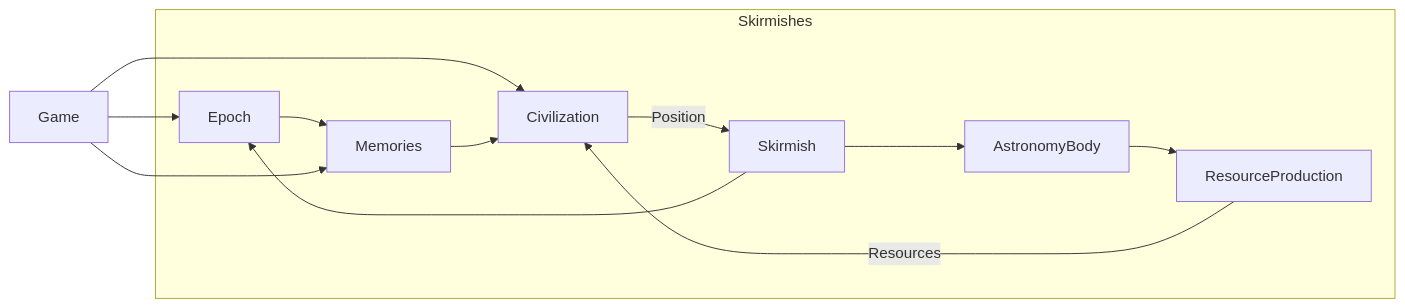
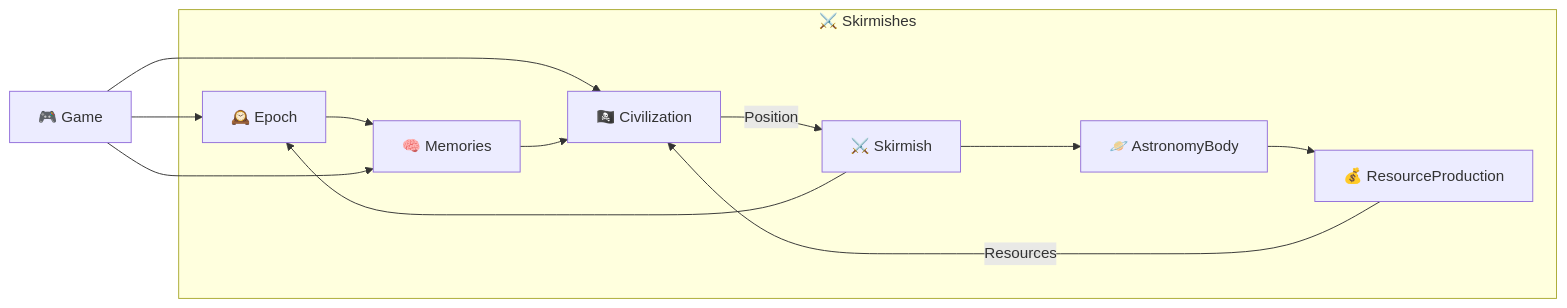
One commit to clujanp/interstellar-war-dilemma changed the first of 5 diagrams in domain_model.md. Above: the diagram before and after it, drawn with Mermaid. The commit also changed other lines of this file, not shown here.

Commit message:
doc: add emojis to diagrams

````diff
--- a/domain_model.md
+++ b/domain_model.md
@@ -191,12 +191,12 @@
-```mermaid 
+```mermaid
 flowchart LR
-    Game --> Epoch
-    Game --> Civilization
-    subgraph SkirmishGroup [Skirmishes]
-        Civilization --Position--> Skirmish --> AstronomyBody
-        Skirmish --> Epoch --> Memories --> Civilization
-        AstronomyBody --> ResourceProduction
-        ResourceProduction --Resources--> Civilization
-    end
-    Game --> Memories
-```
+  Game[🎮 Game] --> Epoch[🕰️ Epoch]
+  Game --> Civ[🏴‍☠️ Civilization]
+  subgraph SkirmishGroup [⚔️ Skirmishes]
+    Civ --Position--> Skirmish[⚔️ Skirmish] --> Astro[🪐 AstronomyBody]
+    Skirmish --> Epoch --> Mem[🧠 Memories] --> Civ
+    Astro --> RP[💰 ResourceProduction]
+    RP --Resources--> Civ
+  end
+  Game --> Mem
+``` 
````
